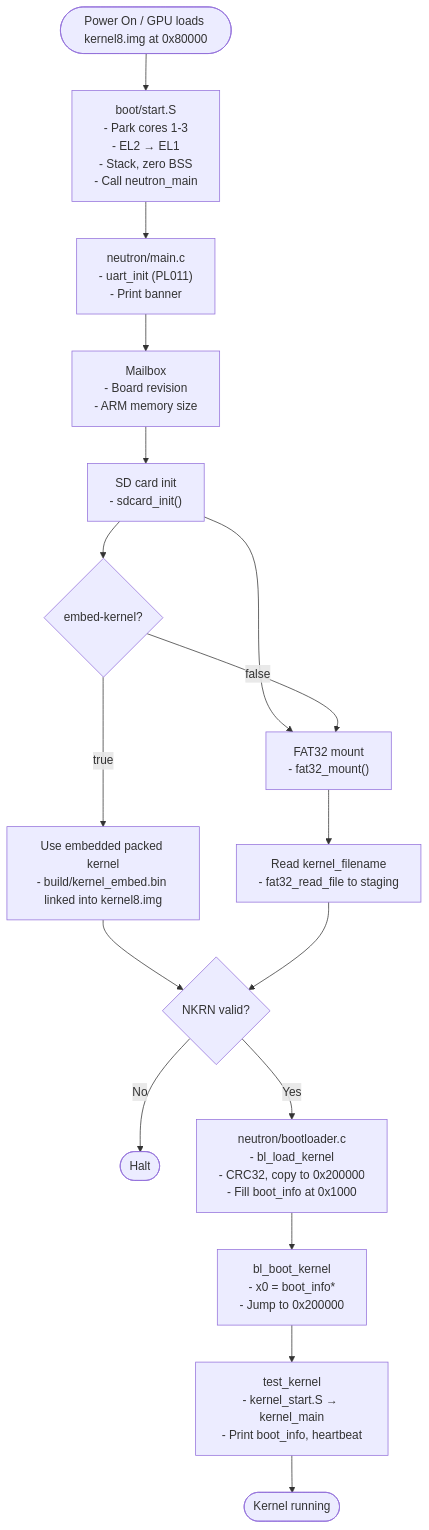
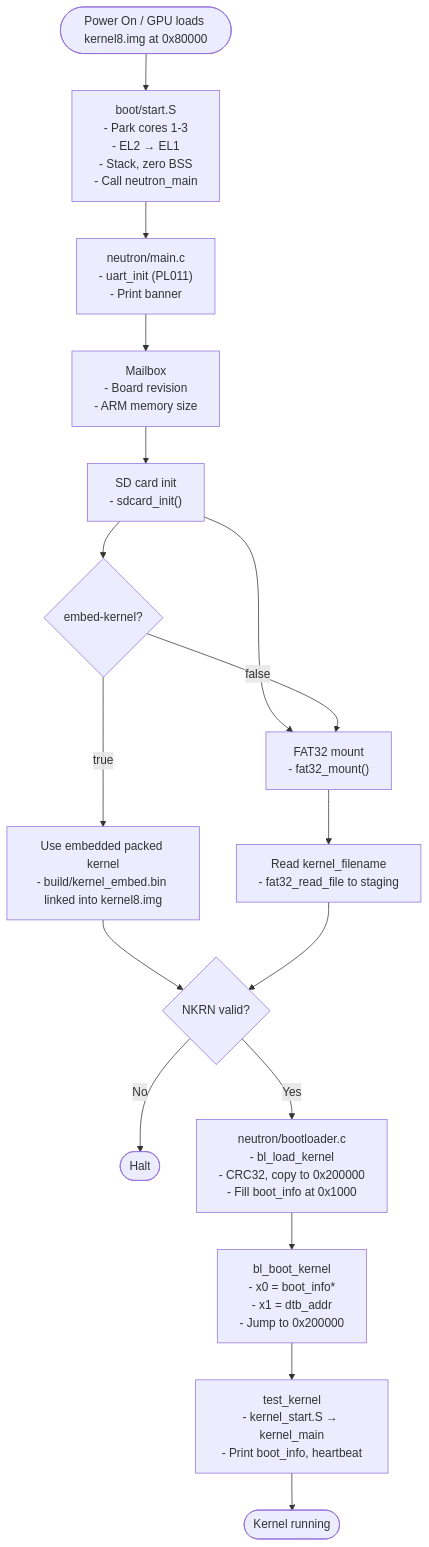
One commit to serene-brew/Neutron changed the second of 3 diagrams in ARCHITECTURE.md. Above: the diagram before and after it, drawn with Mermaid. The commit also changed other lines of this file, not shown here.

Commit message:
[DOCS]: update `bl_boot_kernel()` parameters and document about `x1=dtb_addr`

````diff
--- a/ARCHITECTURE.md
+++ b/ARCHITECTURE.md
@@ -162,19 +162,19 @@
 ```mermaid
 flowchart TD
     Start([Power On / GPU loads kernel8.img at 0x80000]) --> ASM["boot/start.S<br/>- Park cores 1-3<br/>- EL2 → EL1<br/>- Stack, zero BSS<br/>- Call neutron_main"]
     ASM --> UART["neutron/main.c<br/>- uart_init (PL011)<br/>- Print banner"]
     UART --> MBOX["Mailbox<br/>- Board revision<br/>- ARM memory size"]
     MBOX --> SD["SD card init<br/>- sdcard_init()"]
     SD --> FAT["FAT32 mount<br/>- fat32_mount()"]
     SD --> MODE{embed-kernel?}
     MODE -->|true| READ_EMB["Use embedded packed kernel<br/>- build/kernel_embed.bin linked into kernel8.img"]
     MODE -->|false| FAT["FAT32 mount<br/>- fat32_mount()"]
     FAT --> READ_SD["Read kernel_filename<br/>- fat32_read_file to staging"]
     READ_EMB --> VALIDATE{NKRN valid?}
     READ_SD --> VALIDATE{NKRN valid?}
     VALIDATE -->|No| HALT([Halt])
     VALIDATE -->|Yes| LOAD["neutron/bootloader.c<br/>- bl_load_kernel<br/>- CRC32, copy to 0x200000<br/>- Fill boot_info at 0x1000"]
-    LOAD --> JUMP["bl_boot_kernel<br/>- x0 = boot_info*<br/>- Jump to 0x200000"]
+    LOAD --> JUMP["bl_boot_kernel<br/>- x0 = boot_info*<br/>- x1 = dtb_addr<br/>- Jump to 0x200000"]
     JUMP --> KERNEL["test_kernel<br/>- kernel_start.S → kernel_main<br/>- Print boot_info, heartbeat"]
     KERNEL --> RUN([Kernel running])
 ```
````
